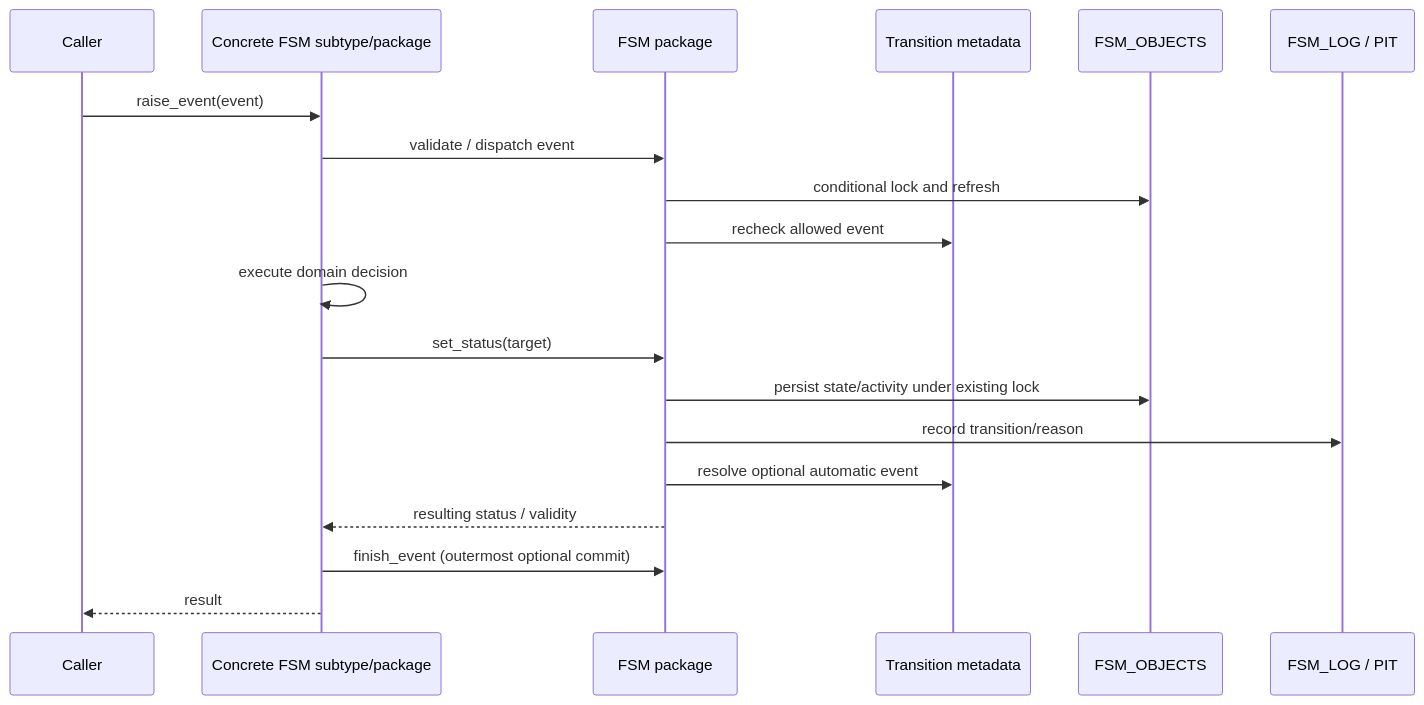
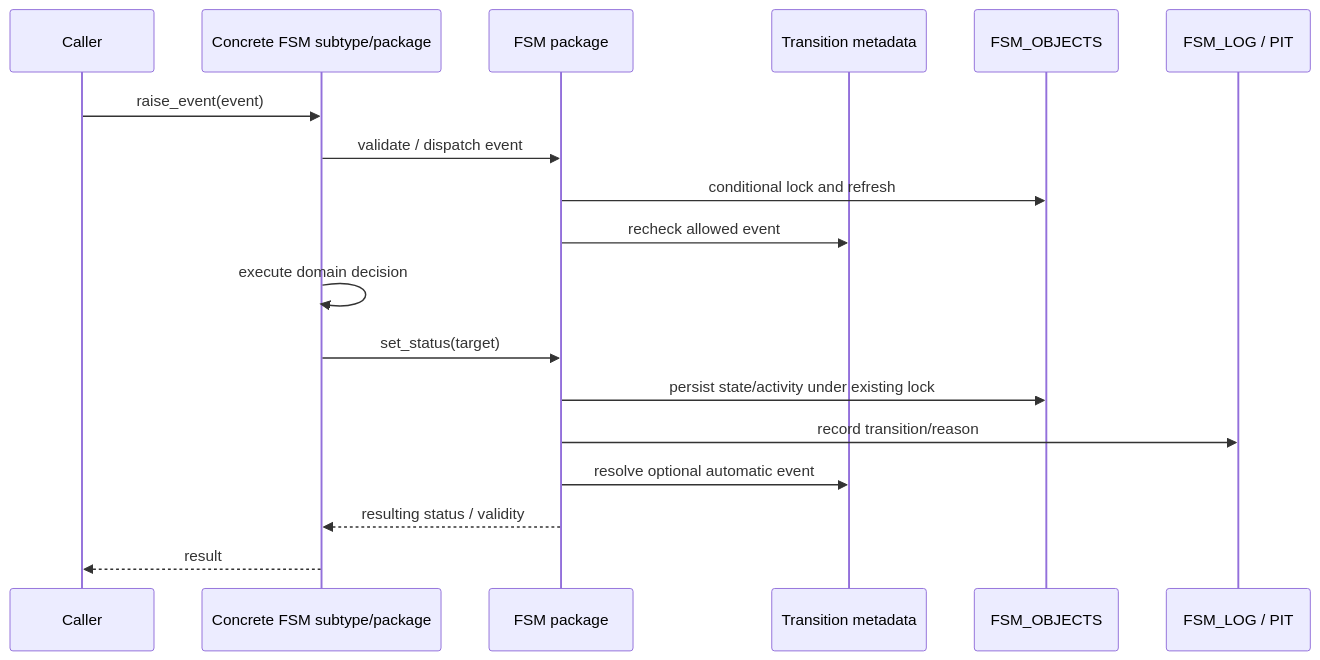
One commit to j-sieben/FSM changed the diagram in .ai/runtime-flow.md. Above: the diagram before and after it, drawn with Mermaid. The commit also changed other lines of this file and 24 other files, not shown here.

````diff
--- a/.ai/runtime-flow.md
+++ b/.ai/runtime-flow.md
@@ -5,22 +5,21 @@
 ```mermaid
 sequenceDiagram
   participant Caller
   participant Concrete as Concrete FSM subtype/package
   participant Core as FSM package
   participant Meta as Transition metadata
   participant Obj as FSM_OBJECTS
   participant Log as FSM_LOG / PIT
 
   Caller->>Concrete: raise_event(event)
   Concrete->>Core: validate / dispatch event
   Core->>Obj: conditional lock and refresh
   Core->>Meta: recheck allowed event
   Concrete->>Concrete: execute domain decision
   Concrete->>Core: set_status(target)
   Core->>Obj: persist state/activity under existing lock
   Core->>Log: record transition/reason
   Core->>Meta: resolve optional automatic event
   Core-->>Concrete: resulting status / validity
-  Concrete->>Core: finish_event (outermost optional commit)
   Concrete-->>Caller: result
 ```
````
